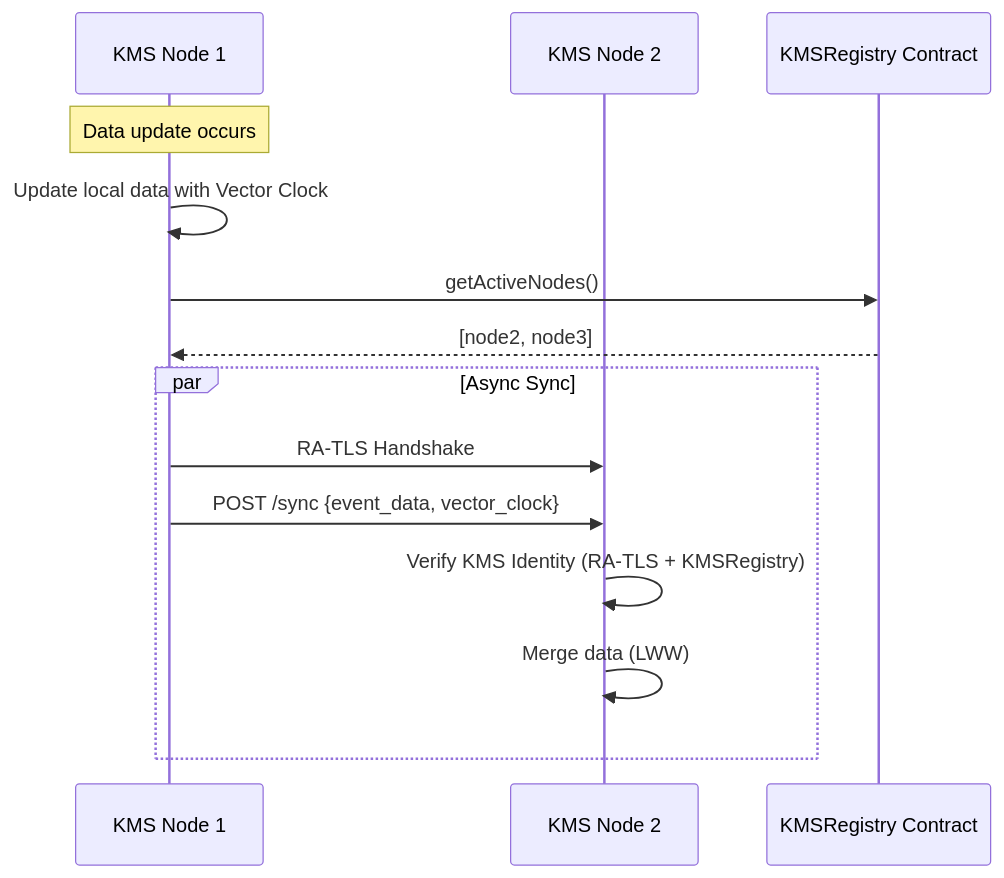
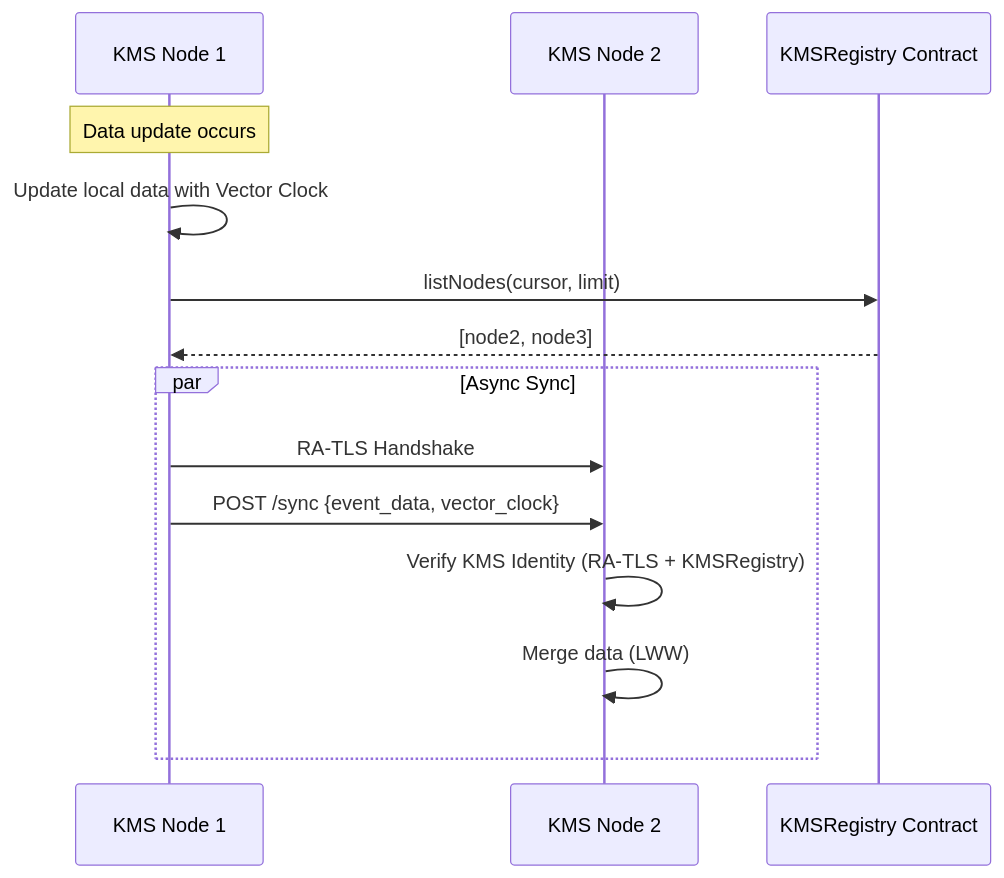
Before and after one commit to sparsity-xyz/nova-kms: the fourth of 4 diagrams in docs/architecture.md, drawn with Mermaid. The commit also changed other lines of this file, not shown here.

````diff
--- a/docs/architecture.md
+++ b/docs/architecture.md
@@ -296,19 +321,19 @@
 ```mermaid
 sequenceDiagram
     participant KMS1 as KMS Node 1
     participant KMS2 as KMS Node 2
     participant KC as KMSRegistry Contract
     
     Note over KMS1: Data update occurs
     KMS1->>KMS1: Update local data with Vector Clock
     
-    KMS1->>KC: getActiveNodes()
+    KMS1->>KC: listNodes(cursor, limit)
     KC-->>KMS1: [node2, node3]
     
     par Async Sync
         KMS1->>KMS2: RA-TLS Handshake
         KMS1->>KMS2: POST /sync {event_data, vector_clock}
         KMS2->>KMS2: Verify KMS Identity (RA-TLS + KMSRegistry)
         KMS2->>KMS2: Merge data (LWW)
     end
 ```
````
